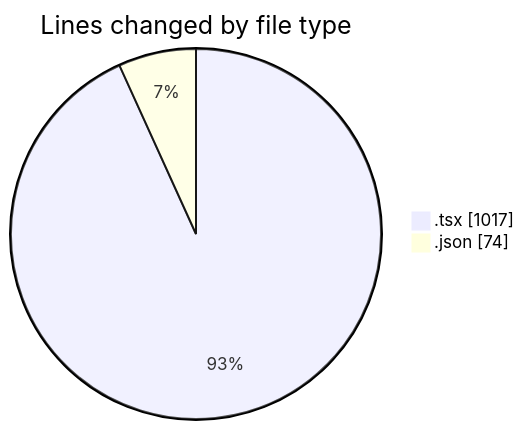
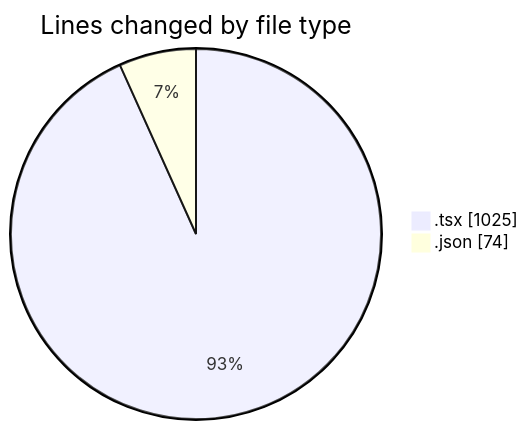
The first of 2 diagrams in 2025-04-08/cda/README.md (momahboobian/code-tracking), drawn with Mermaid before and after one commit. The commit also changed other lines of this file and 1 other file, not shown here.

````diff
--- a/2025-04-08/cda/README.md
+++ b/2025-04-08/cda/README.md
@@ -22,6 +22,6 @@
 ```mermaid
 pie showData
 title Lines changed by file type
-".tsx" : 1017
+".tsx" : 1025
 ".json" : 74
 ```
````
